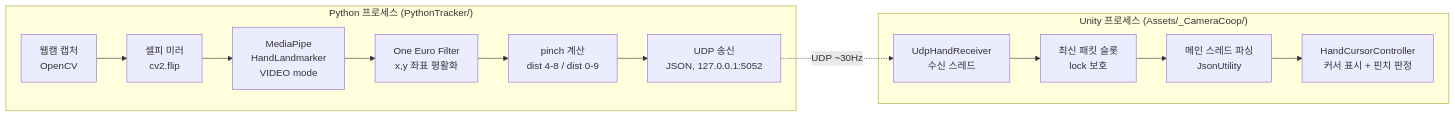
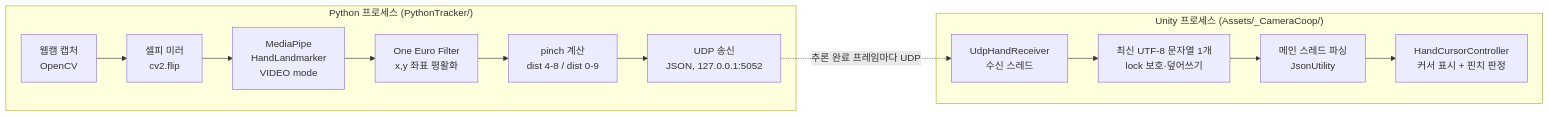
The diagram in docs/01_architecture.md (yj-modakgames/Camera_co-op), drawn with Mermaid before and after one commit. The commit also changed other lines of this file and 67 other files, not shown here.

````diff
--- a/docs/01_architecture.md
+++ b/docs/01_architecture.md
@@ -8,16 +9,16 @@
 ```mermaid
 flowchart LR
     subgraph Python["Python 프로세스 (PythonTracker/)"]
         CAM[웹캠 캡처<br/>OpenCV] --> FLIP[셀피 미러<br/>cv2.flip]
         FLIP --> MP[MediaPipe<br/>HandLandmarker<br/>VIDEO mode]
         MP --> OEF[One Euro Filter<br/>x,y 좌표 평활화]
         OEF --> PINCH[pinch 계산<br/>dist 4-8 / dist 0-9]
         PINCH --> SEND[UDP 송신<br/>JSON, 127.0.0.1:5052]
     end
     subgraph Unity["Unity 프로세스 (Assets/_CameraCoop/)"]
-        RECV[UdpHandReceiver<br/>수신 스레드] --> QUEUE[최신 패킷 슬롯<br/>lock 보호]
-        QUEUE --> PARSE[메인 스레드 파싱<br/>JsonUtility]
+        RECV[UdpHandReceiver<br/>수신 스레드] --> SLOT[최신 UTF-8 문자열 1개<br/>lock 보호·덮어쓰기]
+        SLOT --> PARSE[메인 스레드 파싱<br/>JsonUtility]
         PARSE --> CURSOR[HandCursorController<br/>커서 표시 + 핀치 판정]
     end
-    SEND -. "UDP ~30Hz" .-> RECV
+    SEND -. "추론 완료 프레임마다 UDP" .-> RECV
 ```
````
